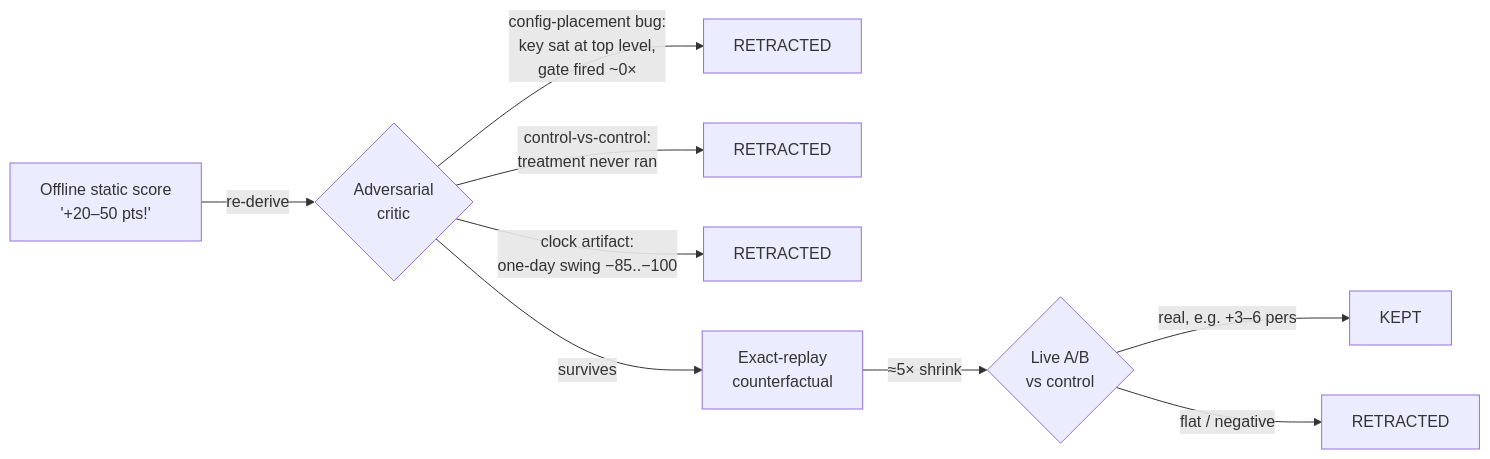
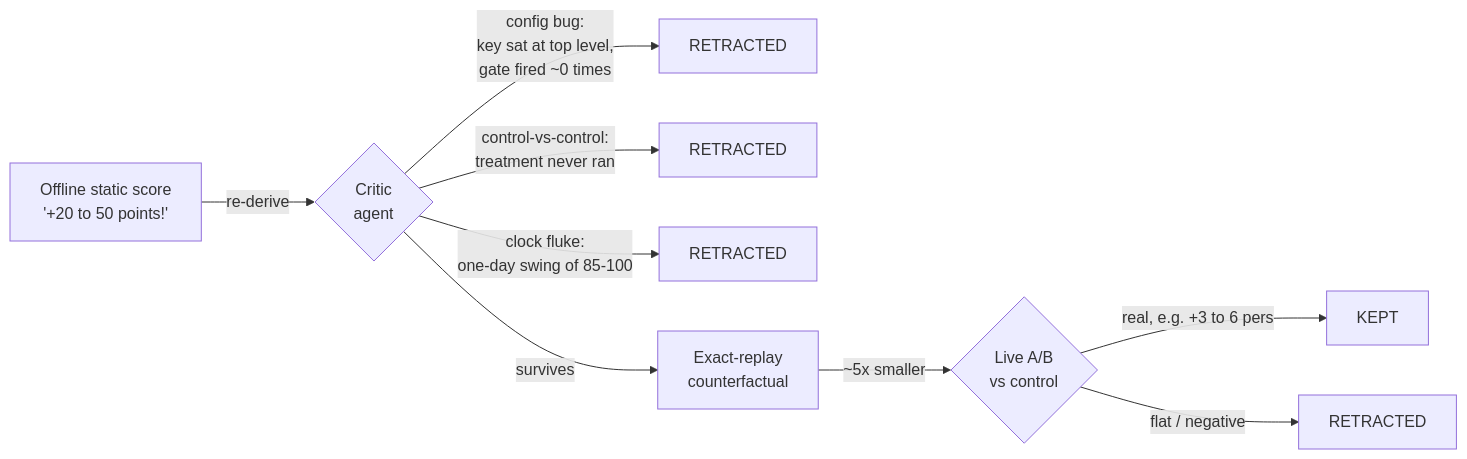
One commit to Ulto85/glee changed the second of 2 diagrams in ADVERSARIAL_AUTORESEARCH.md. Above: the diagram before and after it, drawn with Mermaid. The commit also changed other lines of this file, not shown here.

Commit message:
Rewrite adversarial-autoresearch doc in plain voice, align honest standing

````diff
--- a/ADVERSARIAL_AUTORESEARCH.md
+++ b/ADVERSARIAL_AUTORESEARCH.md
@@ -108,11 +107,11 @@
 ```mermaid
 flowchart LR
-    OFF["Offline static score<br/>'+20–50 pts!'"] -->|"re-derive"| A{"Adversarial<br/>critic"}
-    A -->|"config-placement bug:<br/>key sat at top level,<br/>gate fired ~0×"| X1["RETRACTED"]
+    OFF["Offline static score<br/>'+20 to 50 points!'"] -->|"re-derive"| A{"Critic<br/>agent"}
+    A -->|"config bug:<br/>key sat at top level,<br/>gate fired ~0 times"| X1["RETRACTED"]
     A -->|"control-vs-control:<br/>treatment never ran"| X2["RETRACTED"]
-    A -->|"clock artifact:<br/>one-day swing −85..−100"| X3["RETRACTED"]
+    A -->|"clock fluke:<br/>one-day swing of 85-100"| X3["RETRACTED"]
     A -->|"survives"| REP["Exact-replay<br/>counterfactual"]
-    REP -->|"≈5× shrink"| LIVE{"Live A/B<br/>vs control"}
-    LIVE -->|"real, e.g. +3–6 pers"| KEEP["KEPT"]
+    REP -->|"~5x smaller"| LIVE{"Live A/B<br/>vs control"}
+    LIVE -->|"real, e.g. +3 to 6 pers"| KEEP["KEPT"]
     LIVE -->|"flat / negative"| X4["RETRACTED"]
 ```
````
